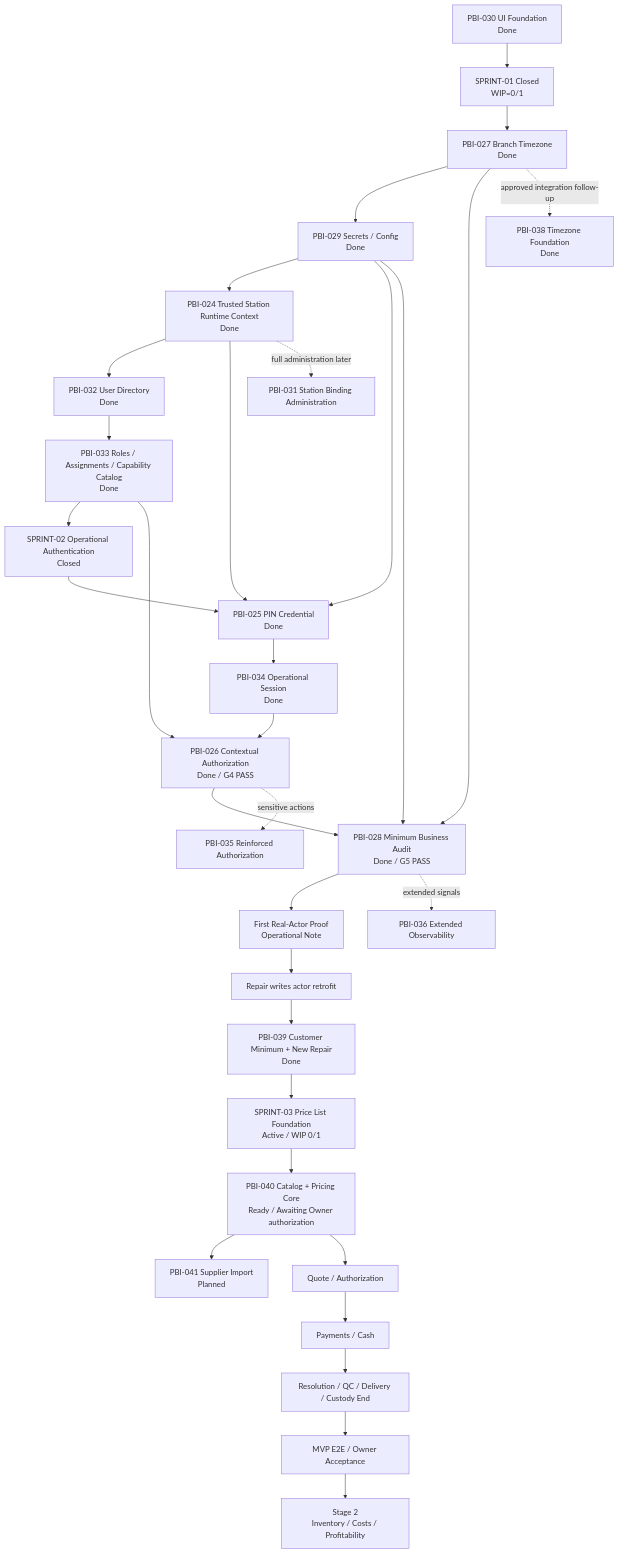
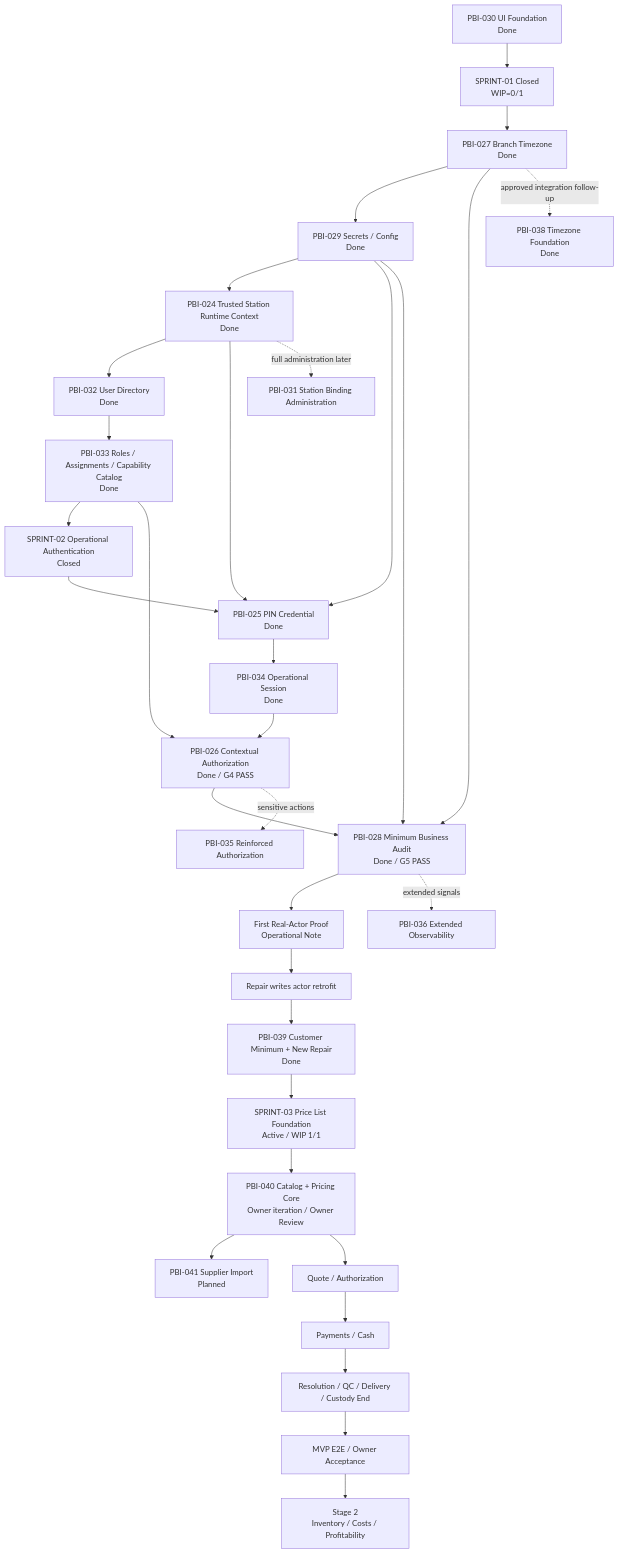
One commit to luisgtzaviles/SrTaller-2.0 changed the diagram in docs/backlog/DEPENDENCY_MAP.md. Above: the diagram before and after it, drawn with Mermaid. The commit also changed other lines of this file and 13 other files, not shown here.

Commit message:
docs(pbi-040): reconcile owner iteration checkpoint

````diff
--- a/docs/backlog/DEPENDENCY_MAP.md
+++ b/docs/backlog/DEPENDENCY_MAP.md
@@ -14,34 +14,34 @@
 ```mermaid
 flowchart TD
     P30[PBI-030 UI Foundation<br/>Done] --> S1[SPRINT-01 Closed<br/>WIP=0/1]
     S1 --> P27[PBI-027 Branch Timezone<br/>Done]
     P27 --> P29[PBI-029 Secrets / Config<br/>Done]
     P29 --> P24[PBI-024 Trusted Station Runtime Context<br/>Done]
     P24 --> P32[PBI-032 User Directory<br/>Done]
     P32 --> P33[PBI-033 Roles / Assignments / Capability Catalog<br/>Done]
     P33 --> S2[SPRINT-02 Operational Authentication<br/>Closed]
     S2 --> P25[PBI-025 PIN Credential<br/>Done]
     P24 --> P25
     P29 --> P25
     P25 --> P34[PBI-034 Operational Session<br/>Done]
     P34 --> P26[PBI-026 Contextual Authorization<br/>Done / G4 PASS]
     P33 --> P26
     P26 --> P28[PBI-028 Minimum Business Audit<br/>Done / G5 PASS]
     P27 --> P28
     P29 --> P28
     P28 --> NOTE[First Real-Actor Proof<br/>Operational Note]
     P27 -. approved integration follow-up .-> P38[PBI-038 Timezone Foundation<br/>Done]
     NOTE --> RETRO[Repair writes actor retrofit]
     RETRO --> P39[PBI-039 Customer Minimum + New Repair<br/>Done]
-    P39 --> S3[SPRINT-03 Price List Foundation<br/>Active / WIP 0/1]
-    S3 --> P40[PBI-040 Catalog + Pricing Core<br/>Ready / Awaiting Owner authorization]
+    P39 --> S3[SPRINT-03 Price List Foundation<br/>Active / WIP 1/1]
+    S3 --> P40[PBI-040 Catalog + Pricing Core<br/>Owner iteration / Owner Review]
     P40 --> P41[PBI-041 Supplier Import<br/>Planned]
     P40 --> QUOTE[Quote / Authorization]
     QUOTE --> MONEY[Payments / Cash]
     MONEY --> DELIVERY[Resolution / QC / Delivery / Custody End]
     DELIVERY --> MVP[MVP E2E / Owner Acceptance]
     P24 -. full administration later .-> P31[PBI-031 Station Binding Administration]
     P26 -. sensitive actions .-> P35[PBI-035 Reinforced Authorization]
     P28 -. extended signals .-> P36[PBI-036 Extended Observability]
     MVP --> STAGE2[Stage 2<br/>Inventory / Costs / Profitability]
 ```
````
